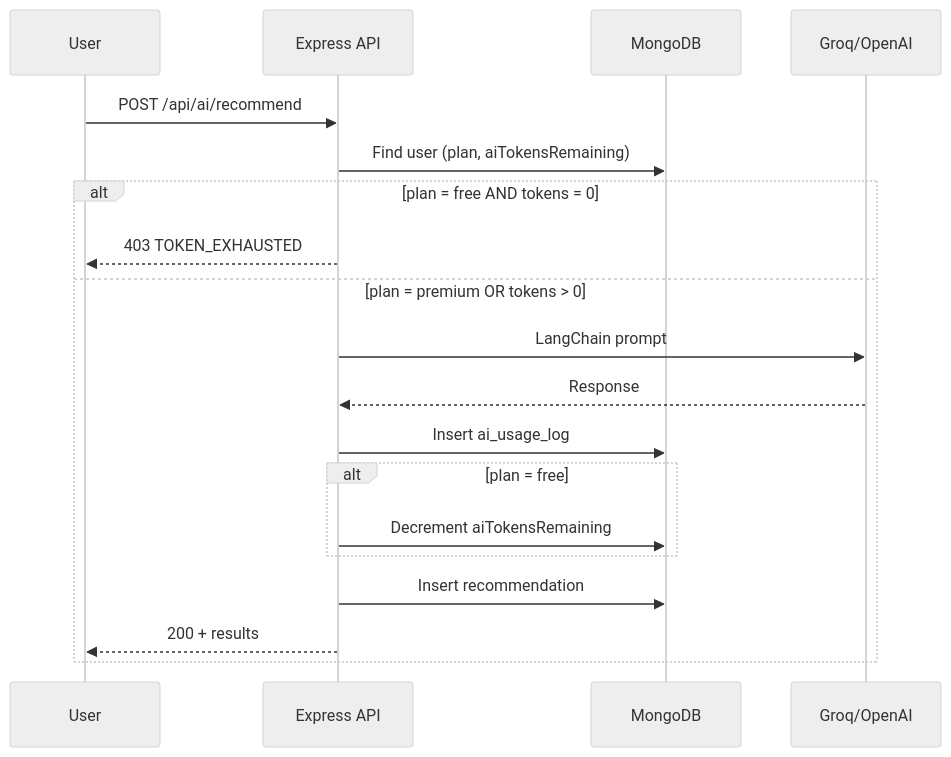
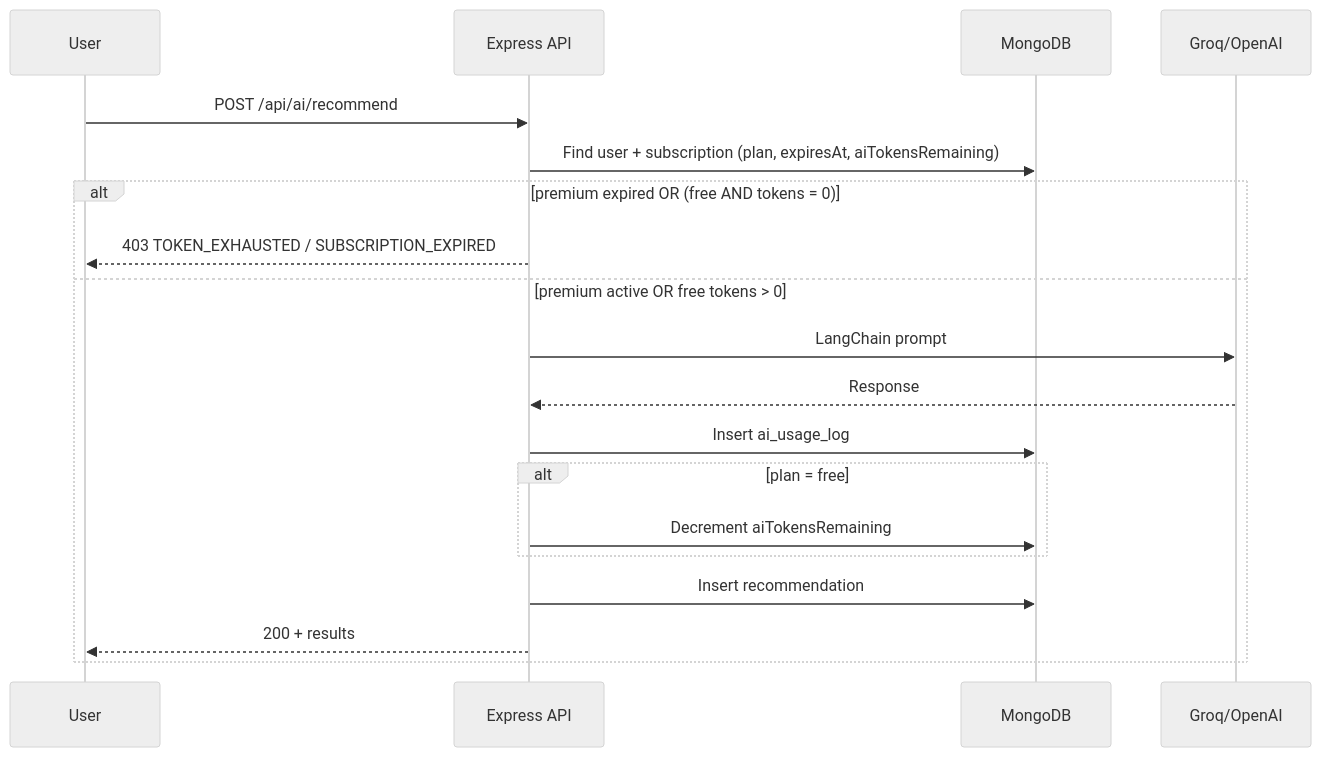
Before and after one commit to Final-Project-97/FinalProject97: the second of 2 diagrams in ERD.md, drawn with Mermaid (neutral theme). The commit also changed other lines of this file and 2 other files, not shown here.

Commit message:
chore: Rev PRD, ERD, Schema

````diff
--- a/ERD.md
+++ b/ERD.md
@@ -619,22 +651,22 @@
 ```mermaid
 sequenceDiagram
     participant U as User
     participant API as Express API
     participant DB as MongoDB
     participant AI as Groq/OpenAI
 
     U->>API: POST /api/ai/recommend
-    API->>DB: Find user (plan, aiTokensRemaining)
-    alt plan = free AND tokens = 0
-        API-->>U: 403 TOKEN_EXHAUSTED
-    else plan = premium OR tokens > 0
+    API->>DB: Find user + subscription (plan, expiresAt, aiTokensRemaining)
+    alt premium expired OR (free AND tokens = 0)
+        API-->>U: 403 TOKEN_EXHAUSTED / SUBSCRIPTION_EXPIRED
+    else premium active OR free tokens > 0
         API->>AI: LangChain prompt
         AI-->>API: Response
         API->>DB: Insert ai_usage_log
         alt plan = free
             API->>DB: Decrement aiTokensRemaining
         end
         API->>DB: Insert recommendation
         API-->>U: 200 + results
     end
 ```
````
